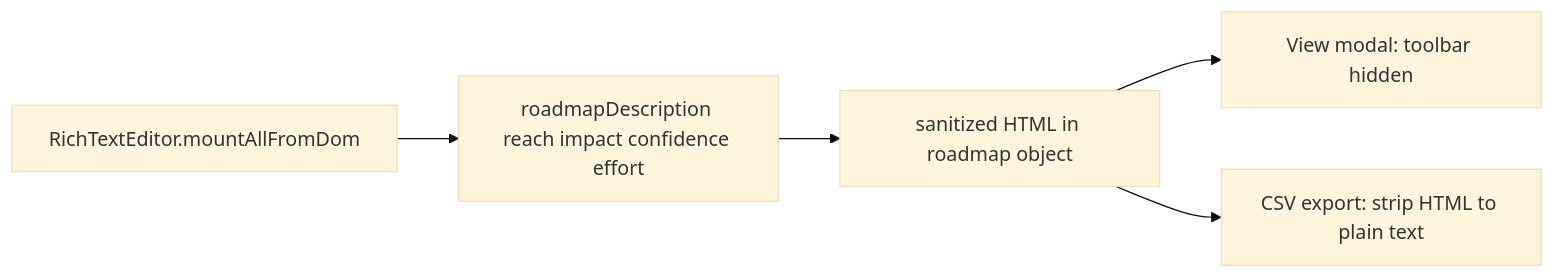
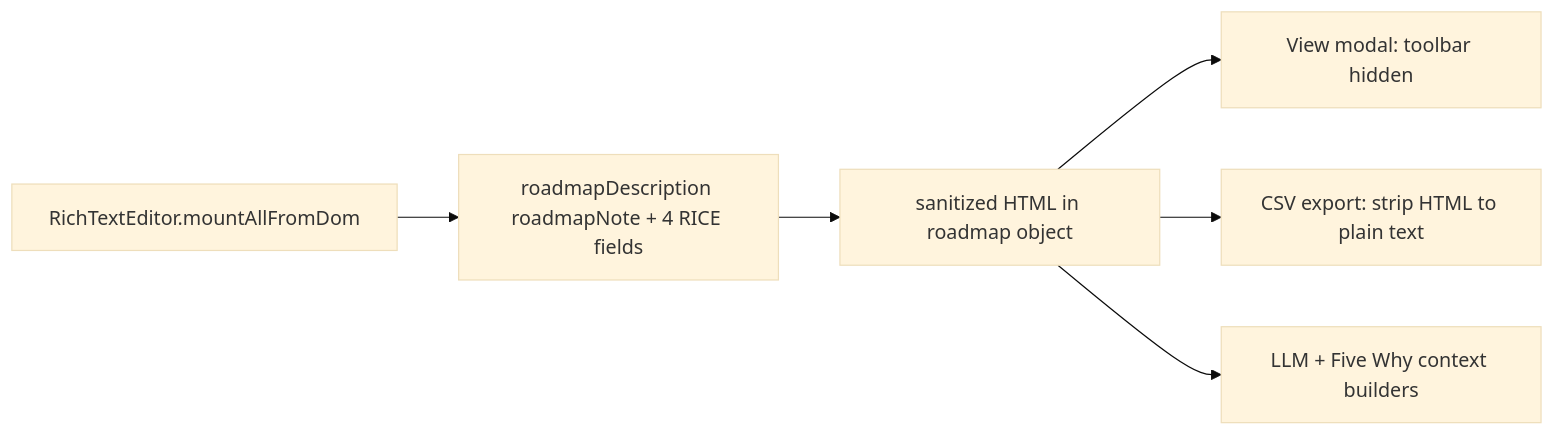
Before and after one commit to RifqiMT/pm-prioritization-tool: diagram 11 of 16 in docs/VARIABLES.md, drawn with Mermaid (base theme). The commit also changed other lines of this file and 26 other files, not shown here.

````diff
--- a/docs/VARIABLES.md
+++ b/docs/VARIABLES.md
@@ -370,7 +375,8 @@
 ```mermaid
 flowchart LR
-  RTE[RichTextEditor.mountAllFromDom] --> FIELDS[roadmapDescription reach impact confidence effort]
+  RTE[RichTextEditor.mountAllFromDom] --> FIELDS[roadmapDescription roadmapNote + 4 RICE fields]
   FIELDS --> HTML[sanitized HTML in roadmap object]
   HTML --> VIEW[View modal: toolbar hidden]
   HTML --> CSV[CSV export: strip HTML to plain text]
+  HTML --> AI[LLM + Five Why context builders]
 ```
````
